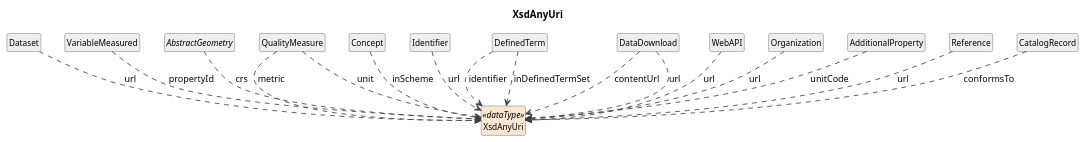
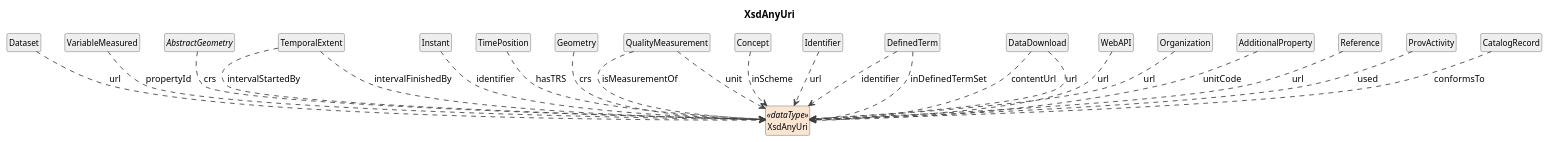
The diagram in cdif-uml-model/_plantuml/cdifDiscovery/DataTypes/XsdAnyUri.pu (Cross-Domain-Interoperability-Framework/metadataBuildingBlocks), drawn with PlantUML before and after one commit. The commit also changed 504 other files, not shown here.

First line of the commit message:
Regenerate cdif-uml-model browser from current profile configs

```diff
--- a/cdif-uml-model/_plantuml/cdifDiscovery/DataTypes/XsdAnyUri.pu
+++ b/cdif-uml-model/_plantuml/cdifDiscovery/DataTypes/XsdAnyUri.pu
@@ -1,44 +1,55 @@
 @startuml
 title XsdAnyUri
 hide circle
 hide empty members
 skinparam shadowing false
 skinparam ArrowThickness 1.2
 skinparam class {
   ArrowColor #404040
   BorderColor #404040
   FontSize 12
 }
 
 class "XsdAnyUri" as XsdAnyUri <<dataType>> #FAE5D3
 class "Dataset" as Dataset #EEEEEE
 Dataset ..> XsdAnyUri : url
 class "VariableMeasured" as VariableMeasured #EEEEEE
 VariableMeasured ..> XsdAnyUri : propertyId
 abstract class "AbstractGeometry" as AbstractGeometry #EEEEEE
 AbstractGeometry ..> XsdAnyUri : crs
-class "QualityMeasure" as QualityMeasure #EEEEEE
-QualityMeasure ..> XsdAnyUri : metric
-QualityMeasure ..> XsdAnyUri : unit
+class "TemporalExtent" as TemporalExtent #EEEEEE
+TemporalExtent ..> XsdAnyUri : intervalStartedBy
+TemporalExtent ..> XsdAnyUri : intervalFinishedBy
+class "Instant" as Instant #EEEEEE
+Instant ..> XsdAnyUri : identifier
+class "TimePosition" as TimePosition #EEEEEE
+TimePosition ..> XsdAnyUri : hasTRS
+class "Geometry" as Geometry #EEEEEE
+Geometry ..> XsdAnyUri : crs
+class "QualityMeasurement" as QualityMeasurement #EEEEEE
+QualityMeasurement ..> XsdAnyUri : isMeasurementOf
+QualityMeasurement ..> XsdAnyUri : unit
 class "Concept" as Concept #EEEEEE
 Concept ..> XsdAnyUri : inScheme
 class "Identifier" as Identifier #EEEEEE
 Identifier ..> XsdAnyUri : url
 class "DefinedTerm" as DefinedTerm #EEEEEE
 DefinedTerm ..> XsdAnyUri : identifier
 DefinedTerm ..> XsdAnyUri : inDefinedTermSet
 class "DataDownload" as DataDownload #EEEEEE
 DataDownload ..> XsdAnyUri : contentUrl
 DataDownload ..> XsdAnyUri : url
 class "WebAPI" as WebAPI #EEEEEE
 WebAPI ..> XsdAnyUri : url
 class "Organization" as Organization #EEEEEE
 Organization ..> XsdAnyUri : url
 class "AdditionalProperty" as AdditionalProperty #EEEEEE
 AdditionalProperty ..> XsdAnyUri : unitCode
 class "Reference" as Reference #EEEEEE
 Reference ..> XsdAnyUri : url
+class "ProvActivity" as ProvActivity #EEEEEE
+ProvActivity ..> XsdAnyUri : used
 class "CatalogRecord" as CatalogRecord #EEEEEE
 CatalogRecord ..> XsdAnyUri : conformsTo
 
 @enduml
```
